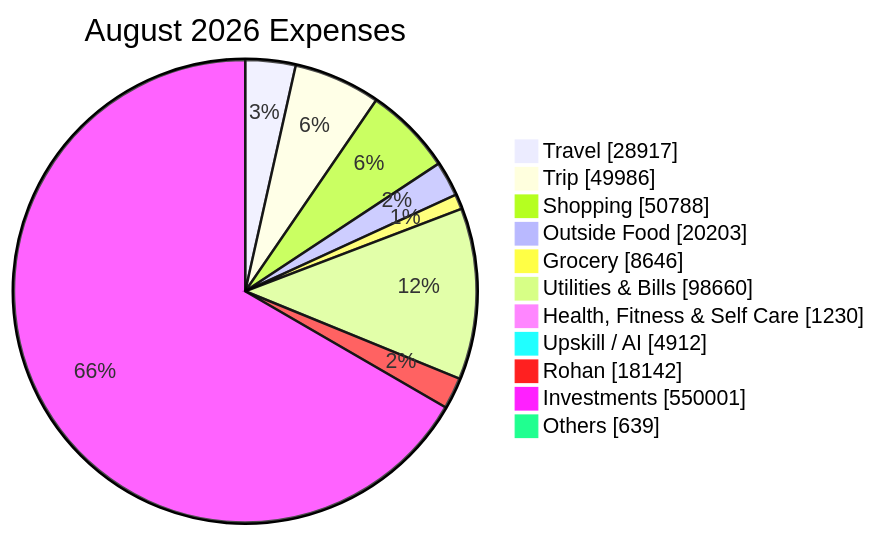
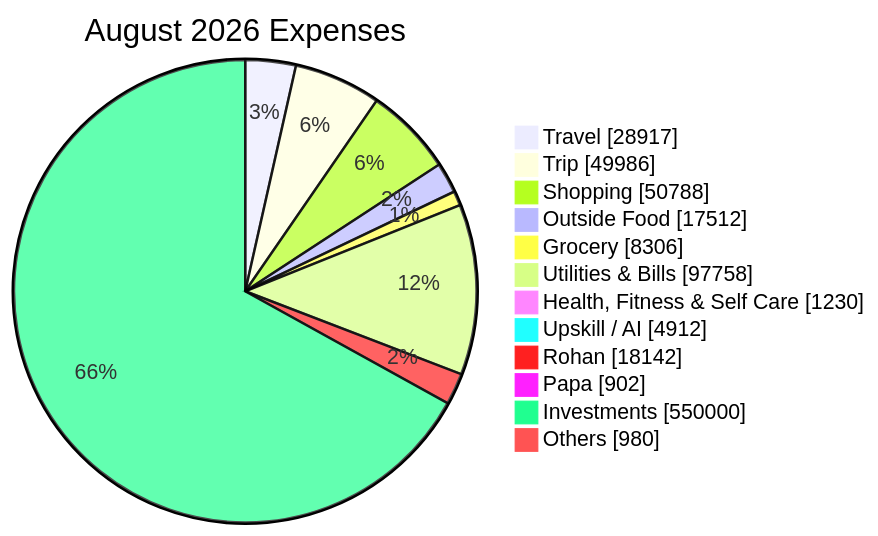
Before and after one commit to sachin-hg/expense-reporter: the second of 2 diagrams in reports/2026-08.md, drawn with Mermaid. The commit also changed other lines of this file and 8 other files, not shown here.

````diff
--- a/reports/2026-08.md
+++ b/reports/2026-08.md
@@ -52,15 +52,16 @@
 ```mermaid
 pie showData
     title August 2026 Expenses
     "Travel" : 28917
     "Trip" : 49986
     "Shopping" : 50788
-    "Outside Food" : 20203
-    "Grocery" : 8646
-    "Utilities & Bills" : 98660
+    "Outside Food" : 17512
+    "Grocery" : 8306
+    "Utilities & Bills" : 97758
     "Health, Fitness & Self Care" : 1230
     "Upskill / AI" : 4912
     "Rohan" : 18142
-    "Investments" : 550001
-    "Others" : 639
+    "Papa" : 902
+    "Investments" : 550000
+    "Others" : 980
 ```
````
